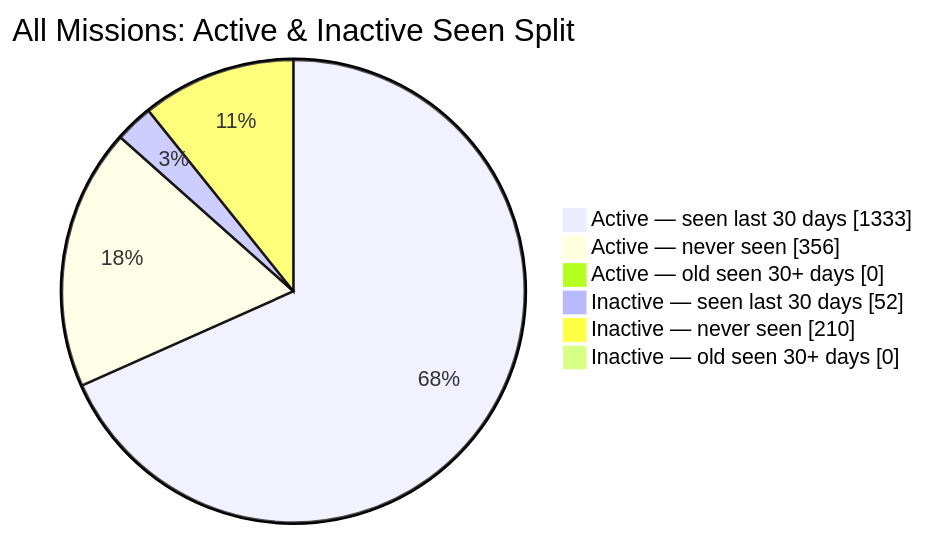
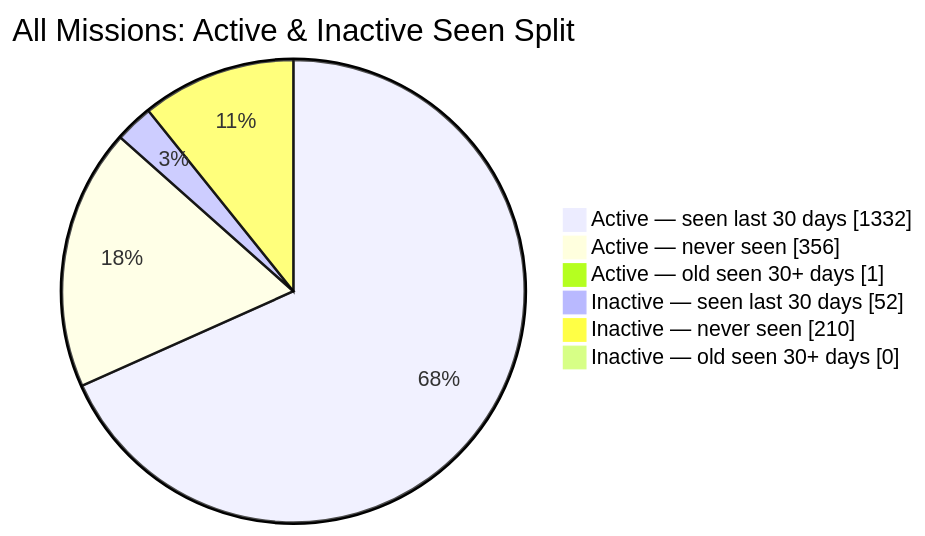
One commit to MeldkamerspelGameTeam/active-missions changed the second of 2 diagrams in README.md. Above: the diagram before and after it, drawn with Mermaid. The commit also changed other lines of this file and 2 other files, not shown here.

````diff
--- a/README.md
+++ b/README.md
@@ -44,10 +44,10 @@
 ```mermaid
 pie showData
     title All Missions: Active & Inactive Seen Split
-    "Active — seen last 30 days" : 1333
+    "Active — seen last 30 days" : 1332
     "Active — never seen" : 356
-    "Active — old seen 30+ days" : 0
+    "Active — old seen 30+ days" : 1
     "Inactive — seen last 30 days" : 52
     "Inactive — never seen" : 210
     "Inactive — old seen 30+ days" : 0
 ```
````
